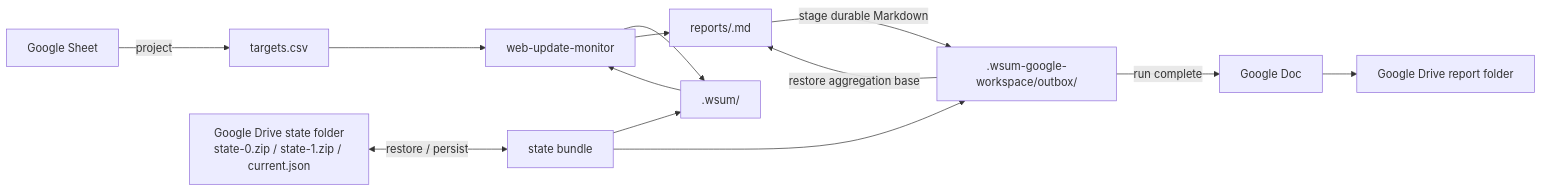
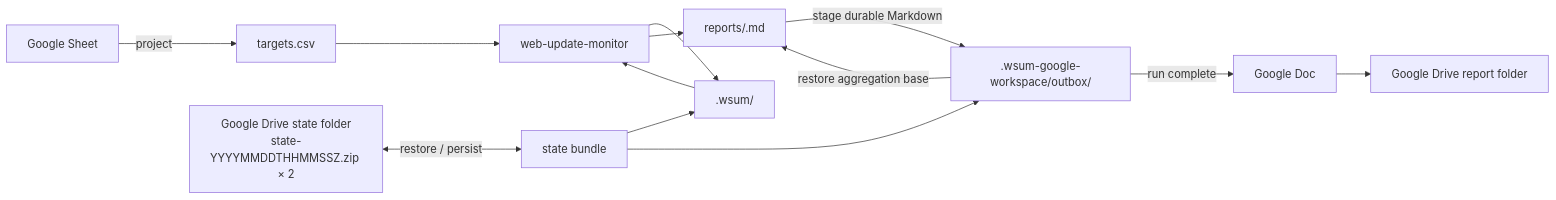
Before and after one commit to dceoy/wsum: the diagram in skills/web-update-monitor-gws/SKILL.md, drawn with Mermaid.

Commit message:
Remove GWS state pointer from architecture

````diff
--- a/skills/web-update-monitor-gws/SKILL.md
+++ b/skills/web-update-monitor-gws/SKILL.md
@@ -16,15 +16,15 @@
 ```mermaid
 flowchart LR
     GS["Google Sheet"] -->|project| CSV["targets.csv"]
-    DS["Google Drive state folder<br/>state-0.zip / state-1.zip / current.json"] <-->|restore / persist| BUNDLE["state bundle"]
+    DS["Google Drive state folder<br/>state-YYYYMMDDTHHMMSSZ.zip × 2"] <-->|restore / persist| BUNDLE["state bundle"]
     BUNDLE --> STATE[".wsum/"]
     BUNDLE --> OUT[".wsum-google-workspace/outbox/"]
     CSV --> CORE["web-update-monitor"]
     STATE --> CORE
     CORE --> STATE
     CORE --> REPORT["reports/<run-id>.md"]
     OUT -->|restore aggregation base| REPORT
     REPORT -->|stage durable Markdown| OUT
     OUT -->|run complete| GDOC["Google Doc"]
     GDOC --> DR["Google Drive report folder"]
 ```
````
